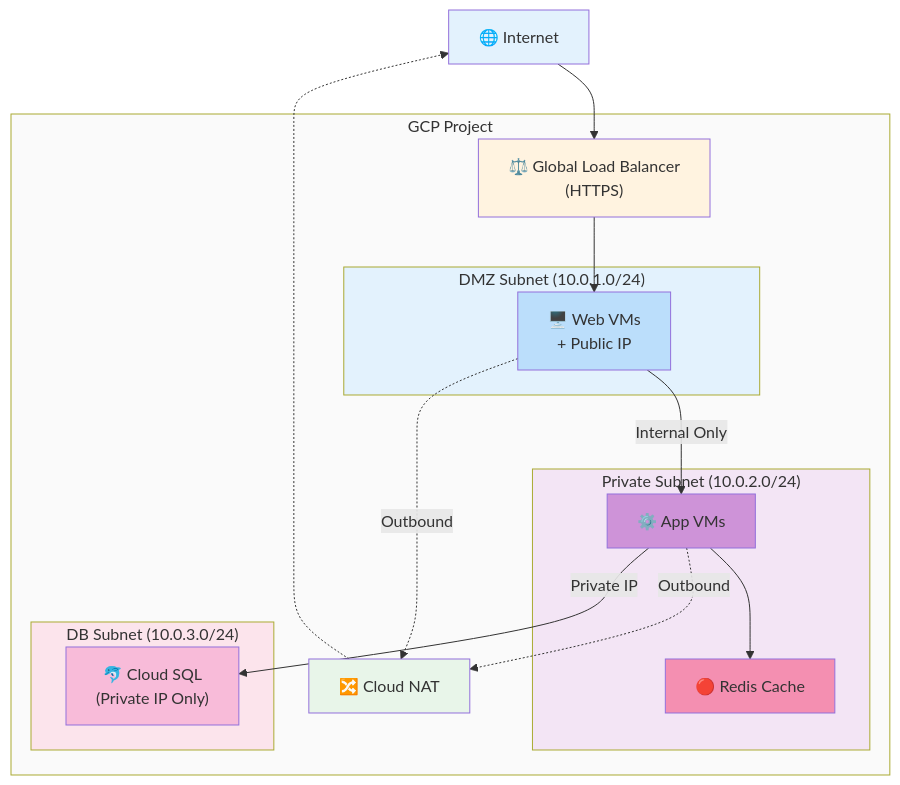
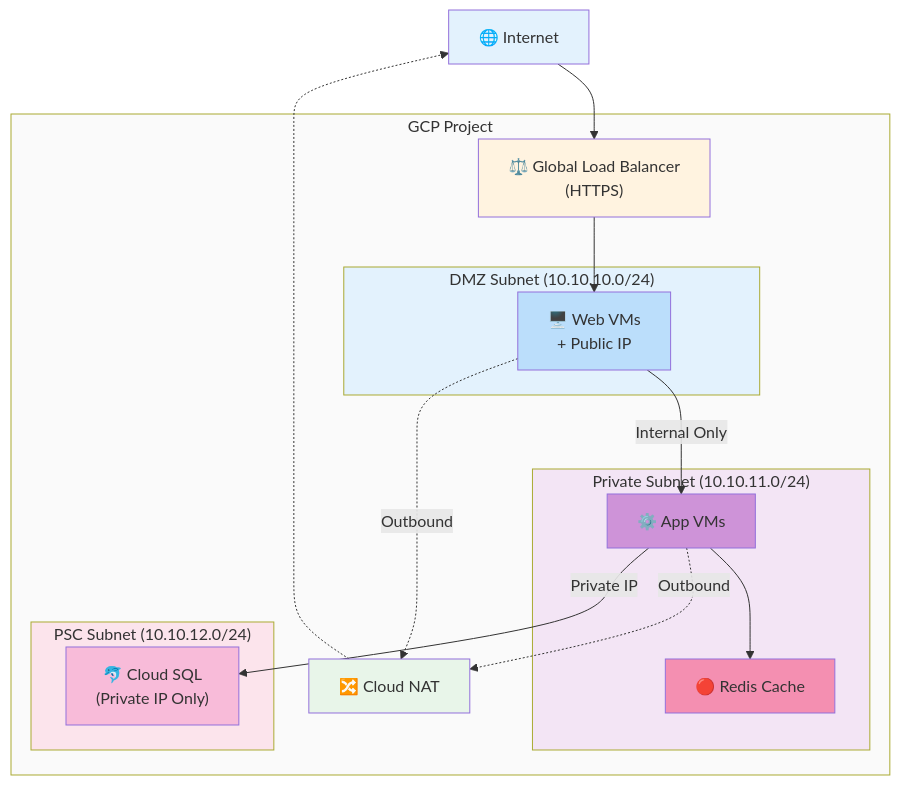
The second of 2 diagrams in terraform_gcp_infra/README.md (JSJ2337/GCP_terraform_code), drawn with Mermaid before and after one commit.

Commit message:
docs: 3-Tier 네트워크 다이어그램 실제 CIDR 반영
- DMZ: 10.0.1.0/24 → 10.10.10.0/24
- Private: 10.0.2.0/24 → 10.10.11.0/24
- DB Subnet → PSC Subnet (10.10.12.0/24)

실제 common.naming.tfvars의 network_config.subnets 값 반영

````diff
--- a/terraform_gcp_infra/README.md
+++ b/terraform_gcp_infra/README.md
@@ -182,44 +182,44 @@
 ```mermaid
 flowchart TB
     INET["🌐 Internet"]
 
     subgraph GCP["GCP Project"]
         LB["⚖️ Global Load Balancer<br/>(HTTPS)"]
         NAT["🔀 Cloud NAT"]
 
-        subgraph DMZ["DMZ Subnet (10.0.1.0/24)"]
+        subgraph DMZ["DMZ Subnet (10.10.10.0/24)"]
             WEB["🖥️ Web VMs<br/>+ Public IP"]
         end
 
-        subgraph Private["Private Subnet (10.0.2.0/24)"]
+        subgraph Private["Private Subnet (10.10.11.0/24)"]
             APP["⚙️ App VMs"]
             REDIS["🔴 Redis Cache"]
         end
 
-        subgraph DB["DB Subnet (10.0.3.0/24)"]
+        subgraph PSC["PSC Subnet (10.10.12.0/24)"]
             SQL["🐬 Cloud SQL<br/>(Private IP Only)"]
         end
     end
 
     INET --> LB
     LB --> WEB
     WEB -.->|Outbound| NAT
     APP -.->|Outbound| NAT
     NAT -.-> INET
 
     WEB -->|Internal Only| APP
     APP --> REDIS
     APP -->|Private IP| SQL
 
     style INET fill:#e3f2fd,color:#333
     style LB fill:#fff3e0,color:#333
     style NAT fill:#e8f5e9,color:#333
     style DMZ fill:#e3f2fd,color:#333
     style Private fill:#f3e5f5,color:#333
-    style DB fill:#fce4ec,color:#333
+    style PSC fill:#fce4ec,color:#333
     style GCP fill:#fafafa,color:#333
     style WEB fill:#bbdefb,color:#333
     style APP fill:#ce93d8,color:#333
     style REDIS fill:#f48fb1,color:#333
     style SQL fill:#f8bbd9,color:#333
 ```
````
